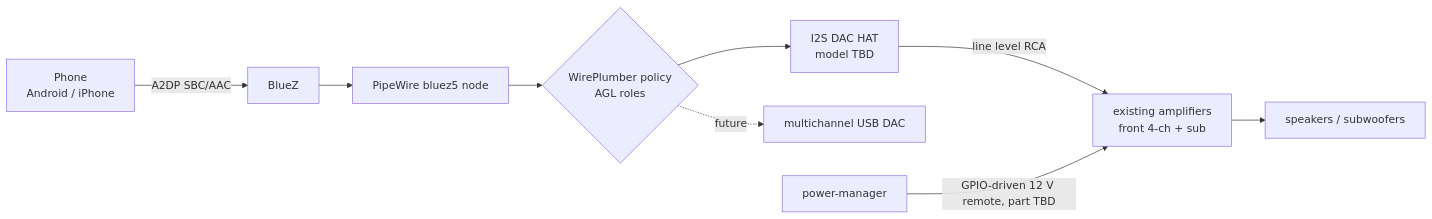
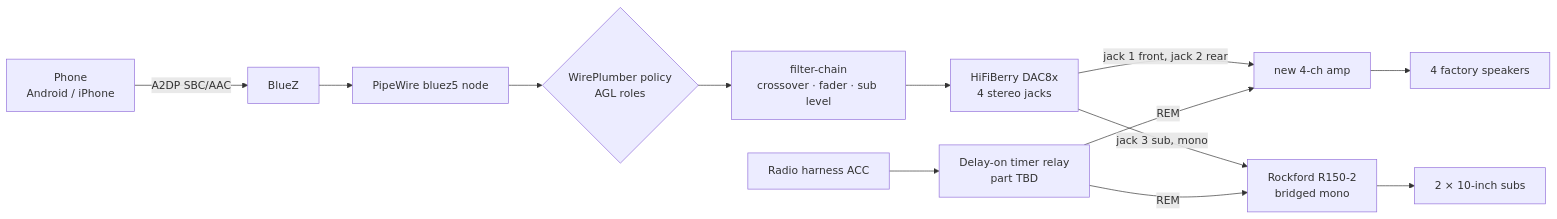
One commit to darickc/TruckDashboard changed the diagram in docs/architecture/audio-routing.md. Above: the diagram before and after it, drawn with Mermaid. The commit also changed other lines of this file and 15 other files, not shown here.

First line of the commit message:
docs: audio wiring with a DAC8x, a new 4-ch amp and an ACC amp remote (ADR-0014)

````diff
--- a/docs/architecture/audio-routing.md
+++ b/docs/architecture/audio-routing.md
@@ -18,11 +18,15 @@
 ```mermaid
 flowchart LR
   PHONE[Phone<br/>Android / iPhone] -- A2DP SBC/AAC --> BZ[BlueZ]
   BZ --> PW[PipeWire bluez5 node]
   PW --> WP{WirePlumber policy<br/>AGL roles}
-  WP --> DAC[I2S DAC HAT<br/>model TBD]
-  WP -. future .-> USBDAC[multichannel USB DAC]
-  DAC -- line level RCA --> AMP[existing amplifiers<br/>front 4-ch + sub]
-  AMP --> SPK[speakers / subwoofers]
-  PM[power-manager] -- GPIO-driven 12 V remote, part TBD --> AMP
+  WP --> FC[filter-chain<br/>crossover · fader · sub level]
+  FC --> DAC[HiFiBerry DAC8x<br/>4 stereo jacks]
+  DAC -- jack 1 front, jack 2 rear --> AMP4[new 4-ch amp]
+  DAC -- jack 3 sub, mono --> R150[Rockford R150-2<br/>bridged mono]
+  AMP4 --> SPK[4 factory speakers]
+  R150 --> SUBS[2 × 10-inch subs]
+  ACC[Radio harness ACC] --> TD[Delay-on timer relay<br/>part TBD]
+  TD -- REM --> AMP4
+  TD -- REM --> R150
 ```
````
